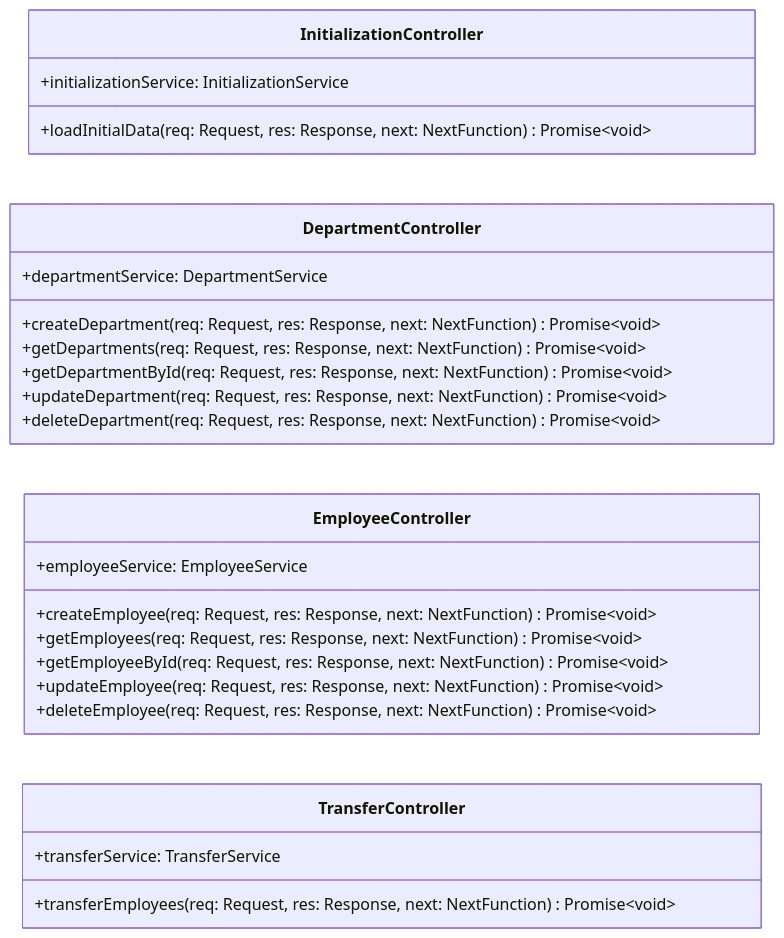
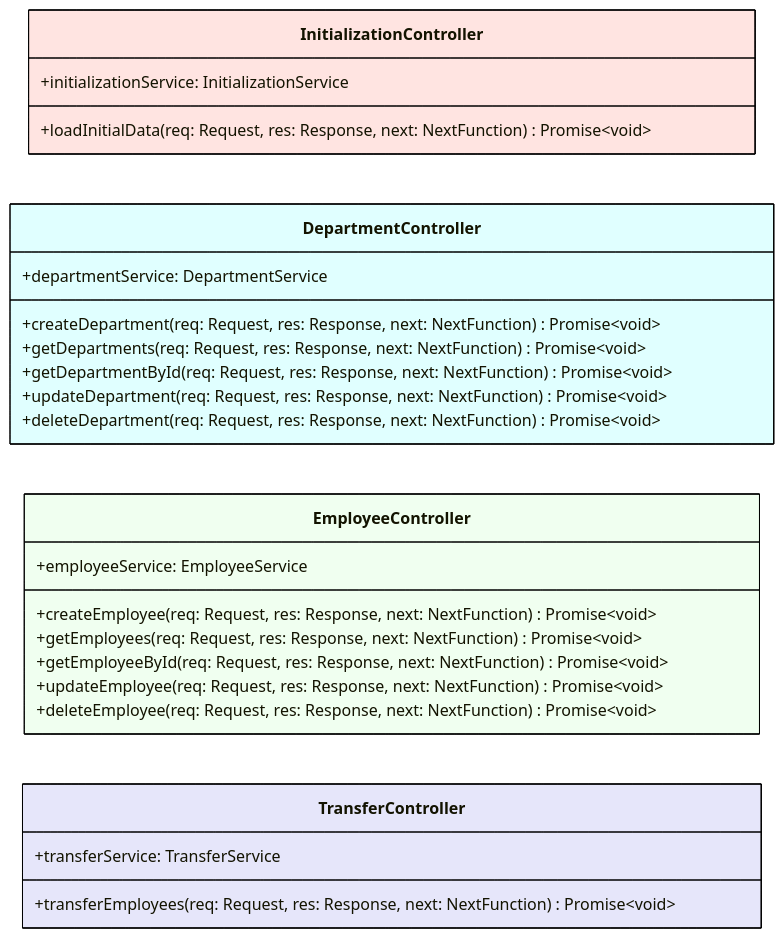
Before and after one commit to k1729p/Study28: the diagram in docs/mermaid/classDiagramControllers.md, drawn with Mermaid. The commit also changed 2 other files, not shown here.

````diff
--- a/docs/mermaid/classDiagramControllers.md
+++ b/docs/mermaid/classDiagramControllers.md
@@ -3,31 +3,36 @@
 ```mermaid
 classDiagram
   direction LR
-  class InitializationController {
+  class InitializationController:::mistyrose {
     +initializationService: InitializationService
     +loadInitialData(req: Request, res: Response, next: NextFunction) Promise~void~
   }
 
-  class DepartmentController {
+  class DepartmentController:::lightcyan {
     +departmentService: DepartmentService
     +createDepartment(req: Request, res: Response, next: NextFunction) Promise~void~
     +getDepartments(req: Request, res: Response, next: NextFunction) Promise~void~
     +getDepartmentById(req: Request, res: Response, next: NextFunction) Promise~void~
     +updateDepartment(req: Request, res: Response, next: NextFunction) Promise~void~
     +deleteDepartment(req: Request, res: Response, next: NextFunction) Promise~void~
   }
 
-  class EmployeeController {
+  class EmployeeController:::honeydew {
     +employeeService: EmployeeService
     +createEmployee(req: Request, res: Response, next: NextFunction) Promise~void~
     +getEmployees(req: Request, res: Response, next: NextFunction) Promise~void~
     +getEmployeeById(req: Request, res: Response, next: NextFunction) Promise~void~
     +updateEmployee(req: Request, res: Response, next: NextFunction) Promise~void~
     +deleteEmployee(req: Request, res: Response, next: NextFunction) Promise~void~
   }
 
-  class TransferController {
+  class TransferController:::lavender {
     +transferService: TransferService
     +transferEmployees(req: Request, res: Response, next: NextFunction) Promise~void~
   }
+%% Styles
+  classDef honeydew fill:honeydew,stroke:black,stroke-width:1px
+  classDef lavender fill:lavender,stroke:black,stroke-width:1px
+  classDef lightcyan fill:lightcyan,stroke:black,stroke-width:1px
+  classDef mistyrose fill:mistyrose,stroke:black,stroke-width:1px
 ```
````
